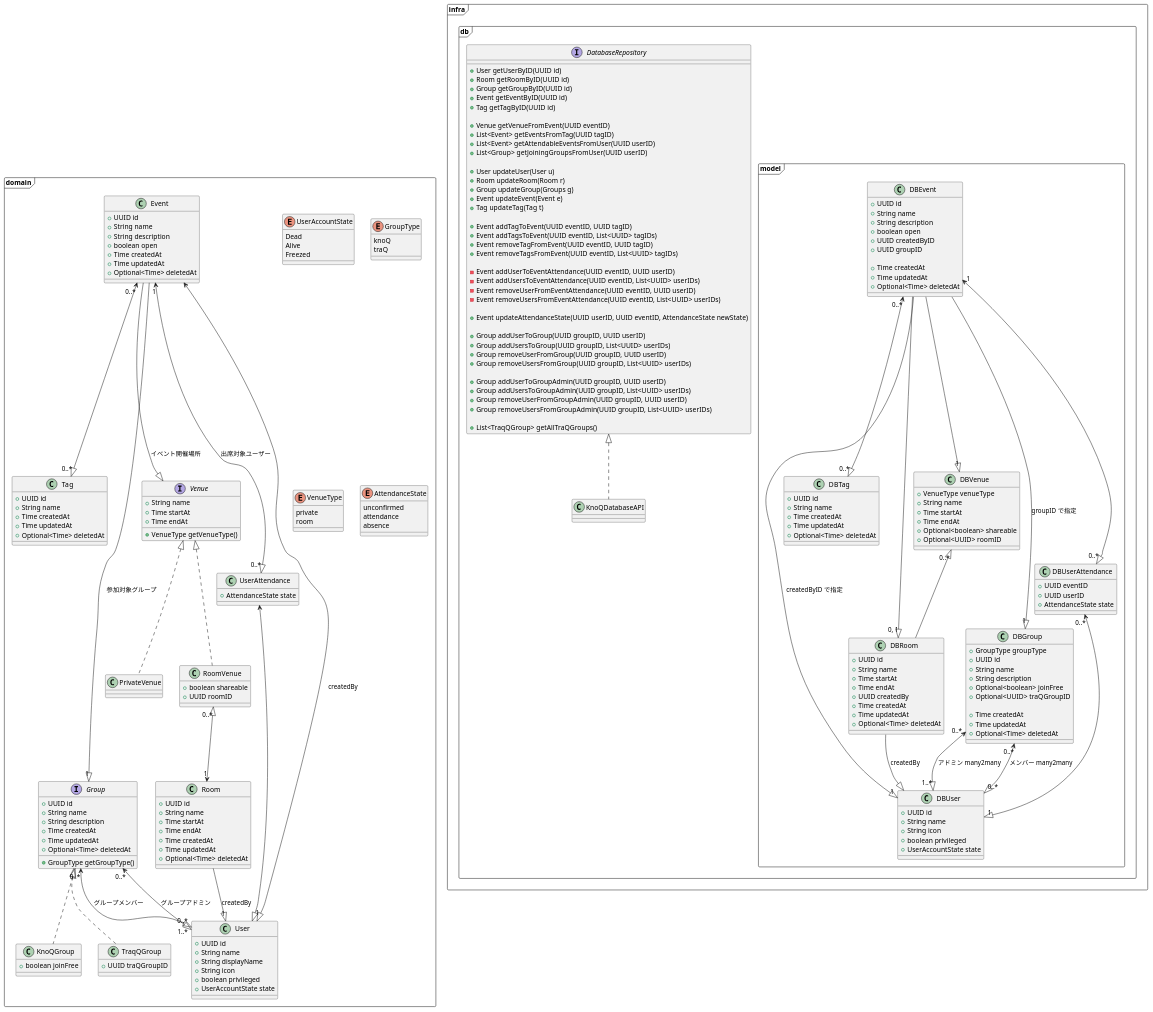
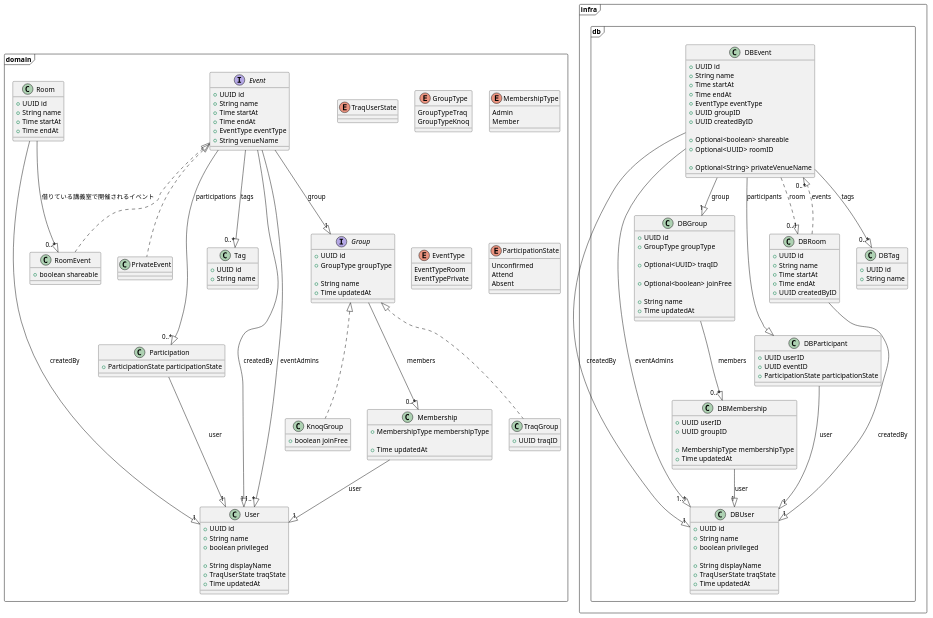
One commit to iChemy/MyKnoQ changed the diagram in docs/puml/backend.puml. Above: the diagram before and after it, drawn with PlantUML. The commit also changed 16 other files, not shown here.

```diff
--- a/docs/puml/backend.puml
+++ b/docs/puml/backend.puml
@@ -1,303 +1,216 @@
 @startuml backend
 
 package domain <<Frame>> {
-    enum UserAccountState {
-        Dead
-        Alive
-        Freezed
-    }
+    enum TraqUserState {}
 
     class User {
         + UUID id
         + String name
+        + boolean privileged
+
+        ' traQ依存
         + String displayName
-        + String icon
-        + boolean privileged
-        + UserAccountState state
+        + TraqUserState traqState
+        + Time updatedAt
     }
 
-    class Tag {
+    enum GroupType {
+        GroupTypeTraq
+        GroupTypeKnoq
+    }
+
+    interface Group {
+        + UUID id
+        + GroupType groupType
+
+        ' traQ依存
+        + String name
+        + Time updatedAt
+    }
+
+    class TraqGroup implements Group {
+        + UUID traqID
+    }
+
+    class KnoqGroup implements Group {
+        + boolean joinFree
+    }
+
+    enum MembershipType {
+        Admin
+        Member
+    }
+
+    class Membership {
+        ' traQ依存
+        + MembershipType membershipType
+
+        ' Group の updatedAt でこと足りるかもしれない
+        + Time updatedAt
+    }
+    ' traQ依存
+    Group --|> "0..*" Membership : members
+    Membership --|> "1" User : user
+
+    enum EventType {
+        EventTypeRoom
+        EventTypePrivate
+    }
+
+    interface Event {
         + UUID id
         + String name
-        + Time createdAt
-        + Time updatedAt
-        + Optional<Time> deletedAt
+        + Time startAt
+        + Time endAt
+        + EventType eventType
+        + String venueName
     }
+
+    class RoomEvent implements Event {
+        + boolean shareable
+    }
+
+    class PrivateEvent implements Event {
+    }
+
+    enum ParticipationState {
+        Unconfirmed
+        Attend
+        Absent
+    }
+
+    class Participation {
+        + ParticipationState participationState
+    }
+
+    Event --|> "1" Group : group
+    Event --|> "1" User : createdBy
+    Event --|> "1..*" User : eventAdmins
+
+    ' traQ 依存
+    Event --|> "0..*" Participation : participations
+    Participation --|> "1" User : user
 
     class Room {
         + UUID id
         + String name
         + Time startAt
         + Time endAt
-        + Time createdAt
-        + Time updatedAt
-        + Optional<Time> deletedAt
     }
 
-    class Event {
+    Room --|> "0..*" RoomEvent : 借りている講義室で開催されるイベント
+    Room --|> "1" User : createdBy
+
+
+    class Tag {
         + UUID id
         + String name
-        + String description
-        ' グループ外の人でも参加できる
-        + boolean open
-        + Time createdAt
+    }
+    Event --|> "0..*" Tag : tags
+}
+
+package infra <<Frame>> {
+package db <<Frame>> {
+    class DBUser {
+        + UUID id
+        + String name
+        + boolean privileged
+
+        ' traQ依存
+        + String displayName
+        + TraqUserState traqState
         + Time updatedAt
-        + Optional<Time> deletedAt
     }
 
-    enum GroupType {
-        knoQ
-        traQ
+    class DBGroup {
+        + UUID id
+        + GroupType groupType
+
+        + Optional<UUID> traqID
+
+        + Optional<boolean> joinFree
+
+        ' traQ依存
+        + String name
+        + Time updatedAt
     }
 
-    interface Group {
-        + UUID id
-        + String name
-        + String description
-        + Time createdAt
+    class DBMembership {
+        + UUID userID
+        + UUID groupID
+
+        ' traQ依存
+        + MembershipType membershipType
         + Time updatedAt
-        + Optional<Time> deletedAt
-
-        + GroupType getGroupType()
     }
 
-    class KnoQGroup implements Group {
-        + boolean joinFree
-    }
+    ' reference groupID
+    DBGroup --|> "0..*" DBMembership : members
+    ' foreignKey userID
+    DBMembership --|> "1" DBUser : user
 
-    class TraqQGroup implements Group {
-        + UUID traQGroupID
-    }
-
-    enum VenueType {
-        private
-        room
-    }
-
-    ' id はいらない．
-    ' Venue 単体で指定することは想定していない (イベントありき)
-    interface Venue {
+    class DBEvent {
+        + UUID id
         + String name
         + Time startAt
         + Time endAt
+        + EventType eventType
+        + UUID groupID
+        + UUID createdByID
 
-        + VenueType getVenueType()
+        + Optional<boolean> shareable
+        + Optional<UUID> roomID
+
+        + Optional<String> privateVenueName
     }
 
-    ' Discord や Zoom など
-    class PrivateVenue implements Venue {}
-
-    ' Room
-    class RoomVenue implements Venue {
-        + boolean shareable
-        + UUID roomID
+    class DBParticipant {
+        + UUID userID
+        + UUID eventID
+        + ParticipationState participationState
     }
 
-' ここから内部クラス
-    ' class EventTag {
-    '     + boolean locked
-    ' }
 
-    enum AttendanceState {
-        unconfirmed
-        attendance
-        absence
-    }
+    ' foreignKey: groupID
+    DBEvent --|> "1" DBGroup : group
+    ' foreignKey createdByID
+    DBEvent --|> "1" DBUser : createdBy
+    DBEvent --|> "1..*" DBUser : eventAdmins
 
-    class UserAttendance {
-        + AttendanceState state
-    }
-}
+    ' foreignKey userID
+    DBParticipant --|> "1" DBUser : user
 
-Event --|> "1" Group : 参加対象グループ
-
-' Event <--|> "0..*" EventTag
-' EventTag <--|> "1" Tag
-
-Event "0..*" <--|> "0..*" Tag
-
-Event --|> Venue : イベント開催場所
-
-Event <--|> "1" User : createdBy
-
-' Event.参加対象グループ のメンバーと同じであるべき
-Event "1" <--|> "0..*" UserAttendance : 出席対象ユーザー
-
-UserAttendance <--|> User
-
-RoomVenue "0..*" <|--> "1" Room
-
-Room --|> "1" User : createdBy
-
-Group "0..*" <--|> "0..*" User : グループメンバー
-Group "0..*" <--|> "1..*" User : グループアドミン
-
-package infra <<Frame>> {
-
-package db <<Frame>> {
-
-    interface DatabaseRepository {
-        + User getUserByID(UUID id)
-        + Room getRoomByID(UUID id)
-        + Group getGroupByID(UUID id)
-        + Event getEventByID(UUID id)
-        + Tag getTagByID(UUID id)
-
-        + Venue getVenueFromEvent(UUID eventID)
-        + List<Event> getEventsFromTag(UUID tagID)
-        + List<Event> getAttendableEventsFromUser(UUID userID)
-        + List<Group> getJoiningGroupsFromUser(UUID userID)
-
-        + User updateUser(User u)
-        + Room updateRoom(Room r)
-        + Group updateGroup(Groups g)
-        + Event updateEvent(Event e)
-        + Tag updateTag(Tag t)
-
-        ' EventTag
-        + Event addTagToEvent(UUID eventID, UUID tagID)
-        + Event addTagsToEvent(UUID eventID, List<UUID> tagIDs)
-        + Event removeTagFromEvent(UUID eventID, UUID tagID)
-        + Event removeTagsFromEvent(UUID eventID, List<UUID> tagIDs)
-
-        ' イベント作成時， 更新時， グループメンバー変更時等にのみ呼ばれるべき．
-        ' これを web API で直接動かせはしない
-        ' EventAttendance 作成時は unconfirmed
-        - Event addUserToEventAttendance(UUID eventID, UUID userID)
-        - Event addUsersToEventAttendance(UUID eventID, List<UUID> userIDs)
-        - Event removeUserFromEventAttendance(UUID eventID, UUID userID)
-        - Event removeUsersFromEventAttendance(UUID eventID, List<UUID> userIDs)
-
-        + Event updateAttendanceState(UUID userID, UUID eventID, AttendanceState newState)
-
-        ' knoQ オリジナルのグループに対してのみ
-        + Group addUserToGroup(UUID groupID, UUID userID)
-        + Group addUsersToGroup(UUID groupID, List<UUID> userIDs)
-        + Group removeUserFromGroup(UUID groupID, UUID userID)
-        + Group removeUsersFromGroup(UUID groupID, List<UUID> userIDs)
-
-        + Group addUserToGroupAdmin(UUID groupID, UUID userID)
-        + Group addUsersToGroupAdmin(UUID groupID, List<UUID> userIDs)
-        + Group removeUserFromGroupAdmin(UUID groupID, UUID userID)
-        + Group removeUsersFromGroupAdmin(UUID groupID, List<UUID> userIDs)
-
-        + List<TraqQGroup> getAllTraQGroups()
-    }
-
-    class KnoQDatabaseAPI implements DatabaseRepository {
-    }
-
-package model <<Frame>> {
-    class DBUser {
-        + UUID id
-        + String name
-        + String icon
-        + boolean privileged
-        + UserAccountState state
-    }
-
-    class DBTag {
-        + UUID id
-        + String name
-        + Time createdAt
-        + Time updatedAt
-        + Optional<Time> deletedAt
-    }
+    ' traQ依存
+    'reference eventID
+    DBEvent --|> DBParticipant : participants
 
     class DBRoom {
         + UUID id
         + String name
         + Time startAt
         + Time endAt
-        + UUID createdBy
-        + Time createdAt
-        + Time updatedAt
-        + Optional<Time> deletedAt
+        + UUID createdByID
     }
 
-    class DBGroup {
-        + GroupType groupType
-        + UUID id
-        + String name
-        + String description
-        ' groupType が knoQ のときのみ値がある
-        + Optional<boolean> joinFree
-        ' groupType が traQ のときのみ値がある
-        + Optional<UUID> traQGroupID
-
-        + Time createdAt
-        + Time updatedAt
-        + Optional<Time> deletedAt
-    }
-
-    ' Event with Venue
-    class DBEvent {
-        + UUID id
-        + String name
-        + String description
-        + boolean open
-        + UUID createdByID
-        + UUID groupID
-
-        + Time createdAt
-        + Time updatedAt
-        + Optional<Time> deletedAt
-    }
-
-    class DBVenue {
-        + VenueType venueType
-        + String name
-        + Time startAt
-        + Time endAt
-        + Optional<boolean> shareable
-        + Optional<UUID> roomID
-    }
-
-    ' class DBEventTag {
-    '     + UUID eventID
-    '     + UUID tagID
-    '     + boolean locked
-    ' }
-
-    class DBUserAttendance {
-        + UUID eventID
-        + UUID userID
-        + AttendanceState state
-    }
-}
-
-}
-
-}
-
-DBRoom --|> DBUser : createdBy
-
-' ある種の many to many．
-' 出欠状態 (AttendanceState) を保持する必要があるため gorm の many2many は使用できない
-DBUserAttendance "0..*" <--|> "1" DBUser
-DBEvent "1" <--|> "0..*" DBUserAttendance
-
-' DBEventTag "0..*" <--|> "1" DBTag
-' DBEvent <--|> "0..*" DBEventTag
-
-DBEvent "0..*" <--|> "0..*" DBTag
-
-' venueType が room の場合のみ 1
-DBEvent --|> "0, 1" DBRoom
-
-DBEvent --|> "1" DBUser : createdByID で指定
-
-DBEvent --|> "1" DBGroup : groupID で指定
-
-DBEvent --|> "1" DBVenue
-
-' このDBVenue の venueType は room でないといけない
-DBVenue "0..*" <|-- DBRoom
-
-' 定期的に traQ の api を叩いてこれを更新する必要がある
-DBGroup "0..*" <--|> "0..*" DBUser : メンバー many2many
-DBGroup "0..*" <--|> "1..*" DBUser : アドミン many2many
+    ' foreignKey createdByID
+    DBRoom --|> "1" DBUser : createdBy
 
 
 
+    ' 循環参照 (最終的には Room の Name だけ欲しい)
+    ' RoomEvent のみ Room を保持するため Optional で実装されるべき
+    ' foreignKey: roomID
+    DBEvent ..|> "0..1" DBRoom : room
+    DBRoom ..|> "0..*" DBEvent : events
+
+
+    class DBTag {
+        + UUID id
+        + String name
+    }
+
+    DBEvent --|> "0..*" DBTag : tags
+}
+}
+
 @enduml
```
